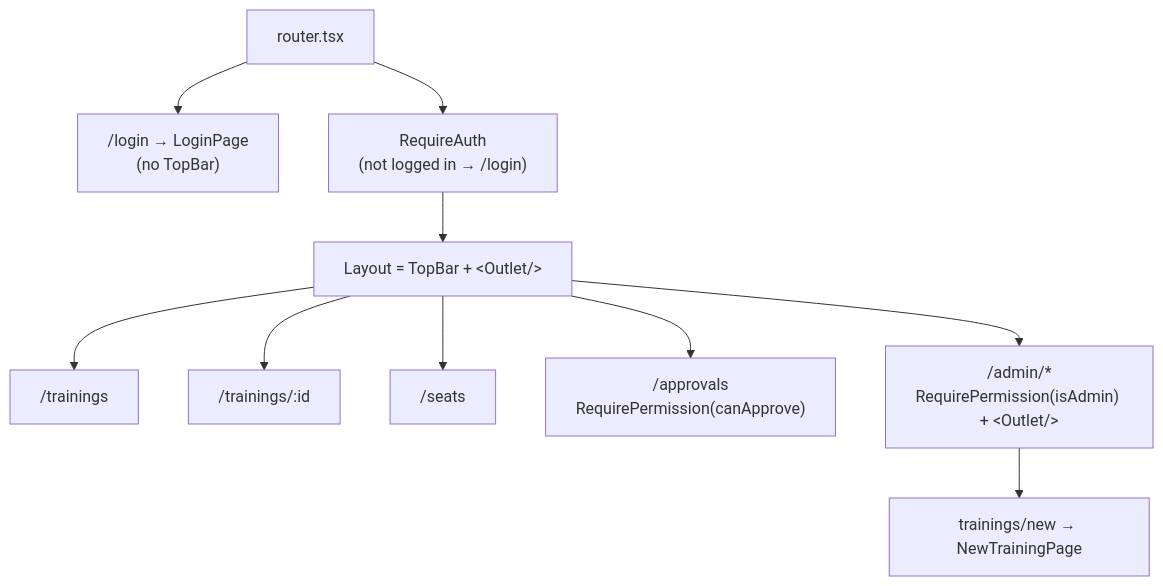
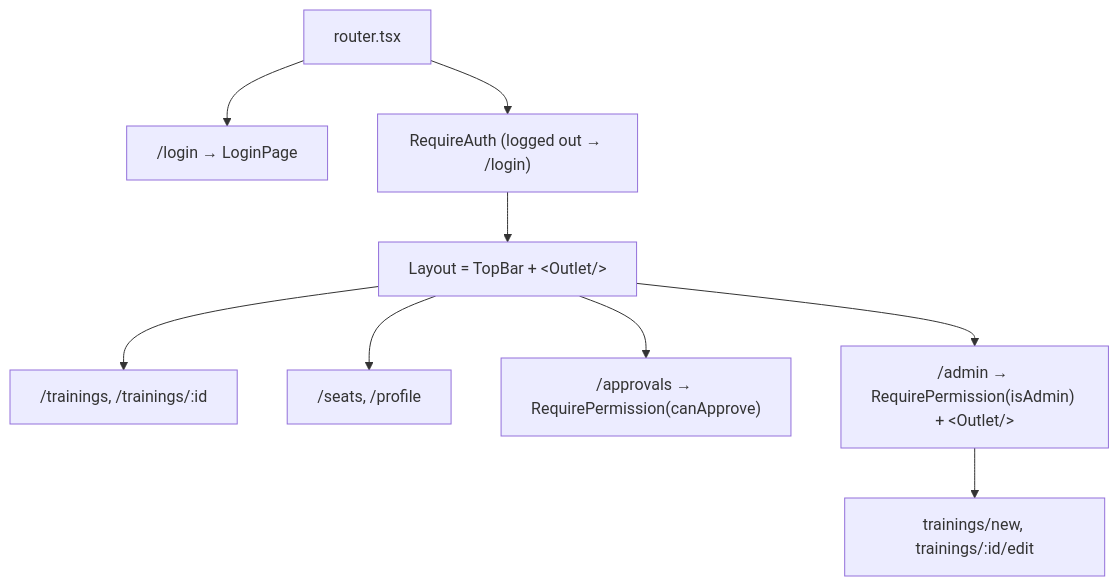
One commit to Cofinpro/praying-mantis-1 changed the third of 8 diagrams in Classroom.md. Above: the diagram before and after it, drawn with Mermaid. The commit also changed other lines of this file and 1 other file, not shown here.

````diff
--- a/Classroom.md
+++ b/Classroom.md
@@ -150,12 +108,11 @@
 ```mermaid
 flowchart TD
-  root["router.tsx"] --> login["/login → LoginPage<br/>(no TopBar)"]
-  root --> guard["RequireAuth<br/>(not logged in → /login)"]
+  root["router.tsx"] --> login["/login → LoginPage"]
+  root --> guard["RequireAuth (logged out → /login)"]
   guard --> layout["Layout = TopBar + &lt;Outlet/&gt;"]
-  layout --> t["/trainings"]
-  layout --> td["/trainings/:id"]
-  layout --> s["/seats"]
-  layout --> ap["/approvals<br/>RequirePermission(canApprove)"]
-  layout --> adm["/admin/*<br/>RequirePermission(isAdmin) + &lt;Outlet/&gt;"]
-  adm --> nt["trainings/new → NewTrainingPage"]
+  layout --> t["/trainings, /trainings/:id"]
+  layout --> s["/seats, /profile"]
+  layout --> ap["/approvals → RequirePermission(canApprove)"]
+  layout --> adm["/admin → RequirePermission(isAdmin) + &lt;Outlet/&gt;"]
+  adm --> nt["trainings/new, trainings/:id/edit"]
 ```
````
